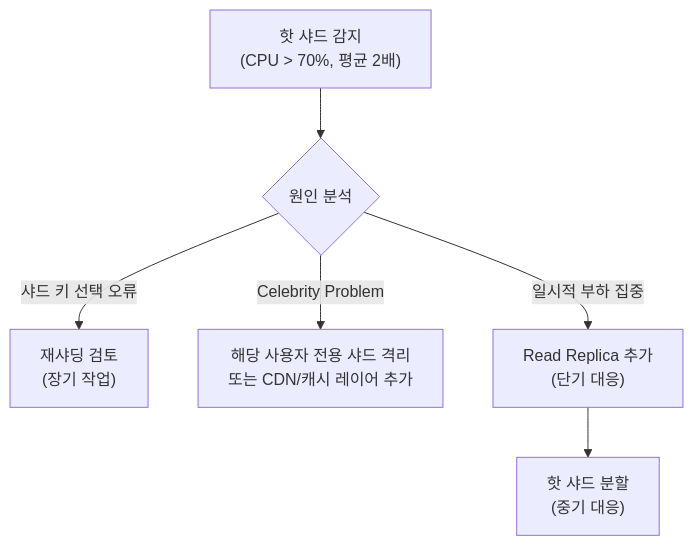
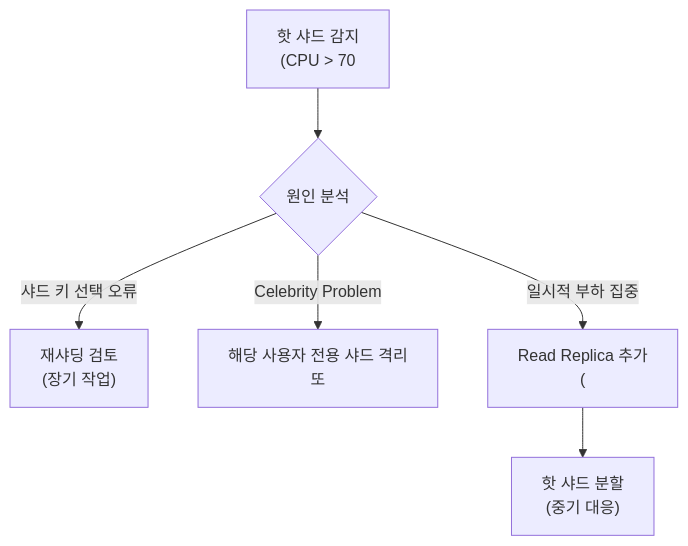
Diagram 12 of 13 in _posts/db/2026-05-01-db-sharding.md (yjkim2015/yjkim2015.github.io), drawn with Mermaid before and after one commit. The commit also changed other lines of this file and 271 other files, not shown here.

First line of the commit message:
Mermaid 라벨 축소: 긴 노드 텍스트 18자 이하로 트림 + \n 제거

````diff
--- a/_posts/db/2026-05-01-db-sharding.md
+++ b/_posts/db/2026-05-01-db-sharding.md
@@ -653,8 +653,8 @@
 ```mermaid
 graph TD
-    A["핫 샤드 감지\n(CPU > 70%, 평균 2배)"] --> B{"원인 분석"}
+    A["핫 샤드 감지\n(CPU > 70"] --> B{"원인 분석"}
     B -->|"샤드 키 선택 오류"| C["재샤딩 검토\n(장기 작업)"]
-    B -->|"Celebrity Problem"| D["해당 사용자 전용 샤드 격리\n또는 CDN/캐시 레이어 추가"]
-    B -->|"일시적 부하 집중"| E["Read Replica 추가\n(단기 대응)"]
+    B -->|"Celebrity Problem"| D["해당 사용자 전용 샤드 격리\n또"]
+    B -->|"일시적 부하 집중"| E["Read Replica 추가\n("]
     E --> F["핫 샤드 분할\n(중기 대응)"]
 ```
````
